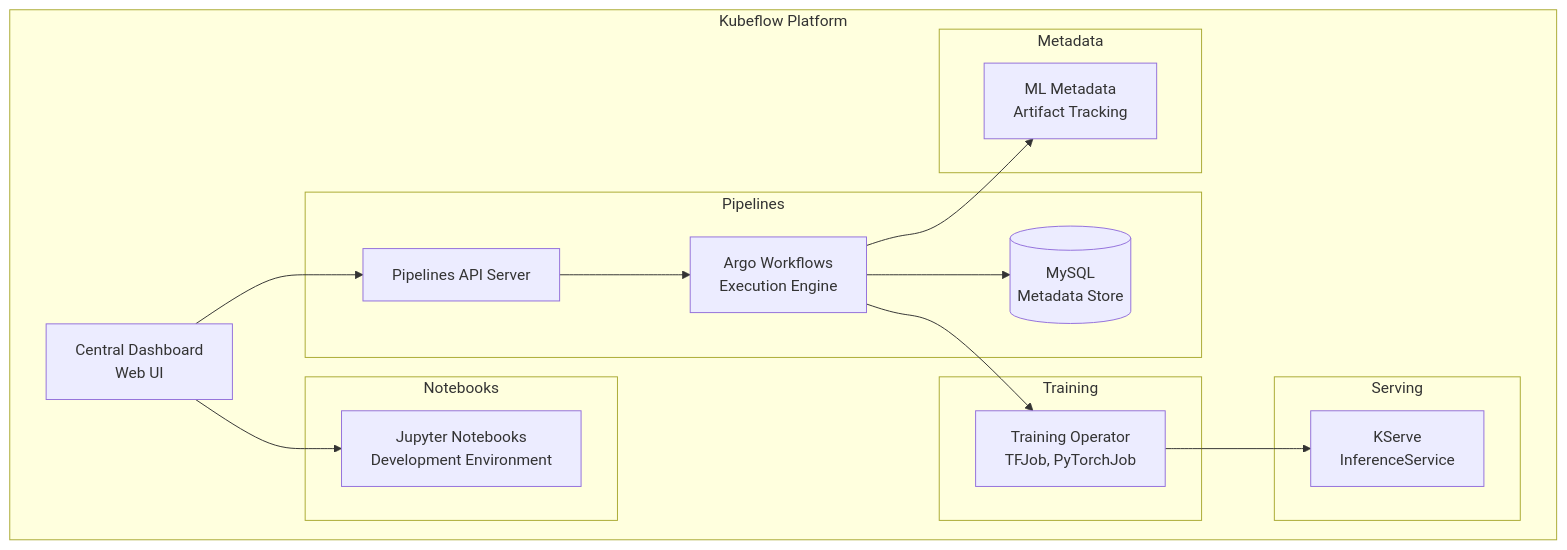
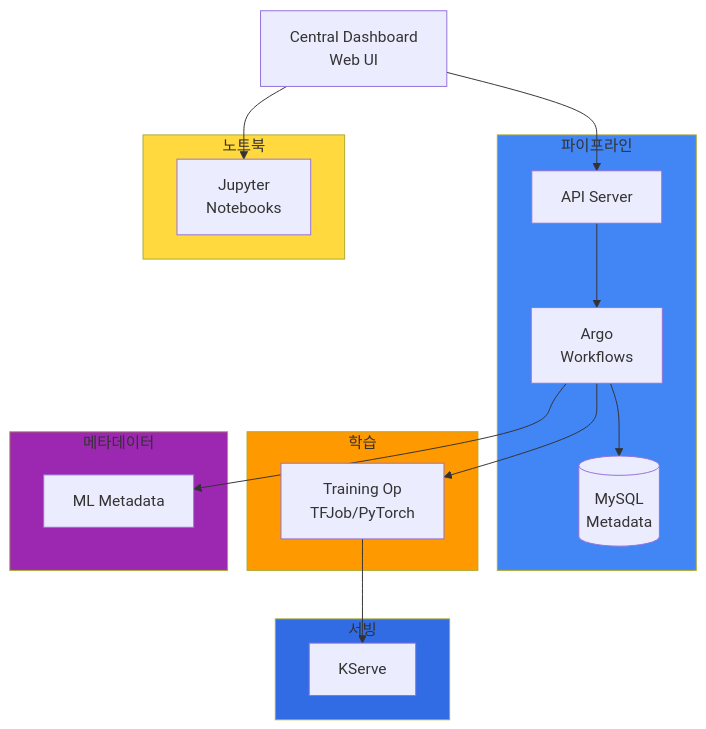
The second of 6 diagrams in docs/agentic-ai-platform/operations-mlops/mlops-pipeline-eks.md (devfloor9/engineering-playbook), drawn with Mermaid before and after one commit. The commit also changed other lines of this file and 24 other files, not shown here.

````diff
--- a/docs/agentic-ai-platform/operations-mlops/mlops-pipeline-eks.md
+++ b/docs/agentic-ai-platform/operations-mlops/mlops-pipeline-eks.md
@@ -117,36 +123,40 @@
 ```mermaid
 flowchart TB
-    subgraph "Kubeflow Platform"
-        UI[Central Dashboard<br/>Web UI]
-        
-        subgraph "Pipelines"
-            KFP_API[Pipelines API Server]
-            KFP_ENGINE[Argo Workflows<br/>Execution Engine]
-            KFP_DB[(MySQL<br/>Metadata Store)]
-        end
-        
-        subgraph "Notebooks"
-            JUPYTER[Jupyter Notebooks<br/>Development Environment]
-        end
-        
-        subgraph "Training"
-            TRAINING_OP[Training Operator<br/>TFJob, PyTorchJob]
-        end
-        
-        subgraph "Serving"
-            KSERVE[KServe<br/>InferenceService]
-        end
-        
-        subgraph "Metadata"
-            MLMD[ML Metadata<br/>Artifact Tracking]
-        end
+    UI[Central Dashboard<br/>Web UI]
+
+    subgraph Pipelines["파이프라인"]
+        KFP_API[API Server]
+        KFP_ENGINE[Argo<br/>Workflows]
+        KFP_DB[(MySQL<br/>Metadata)]
     end
-    
+
+    subgraph Notebooks["노트북"]
+        JUPYTER[Jupyter<br/>Notebooks]
+    end
+
+    subgraph Training["학습"]
+        TRAINING_OP[Training Op<br/>TFJob/PyTorch]
+    end
+
+    subgraph Serving["서빙"]
+        KSERVE[KServe]
+    end
+
+    subgraph Metadata["메타데이터"]
+        MLMD[ML Metadata]
+    end
+
     UI --> KFP_API
     UI --> JUPYTER
     KFP_API --> KFP_ENGINE
     KFP_ENGINE --> KFP_DB
     KFP_ENGINE --> TRAINING_OP
     TRAINING_OP --> KSERVE
     KFP_ENGINE --> MLMD
+
+    style Pipelines fill:#4285f4
+    style Notebooks fill:#ffd93d
+    style Training fill:#ff9900
+    style Serving fill:#326ce5
+    style Metadata fill:#9c27b0
 ```
````
